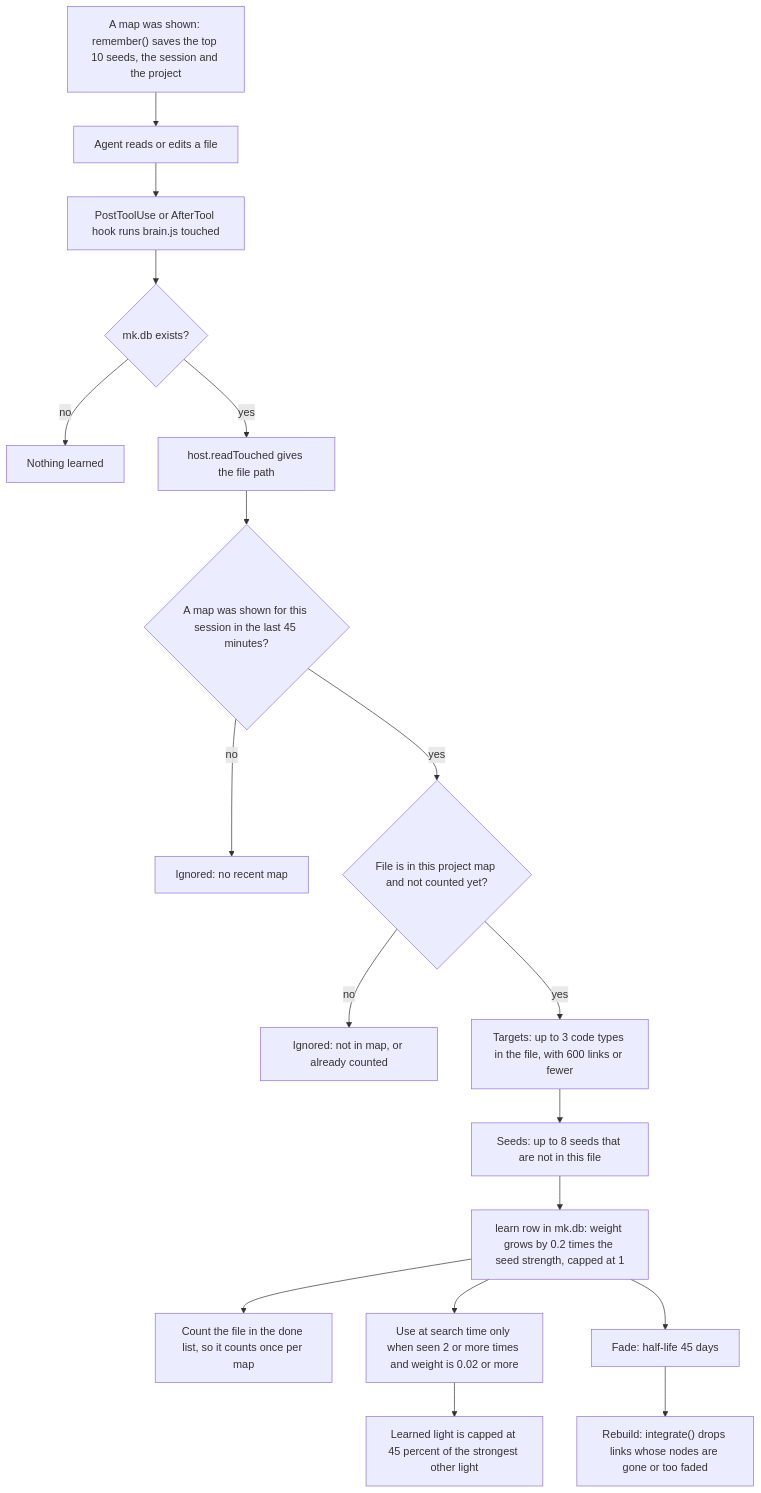
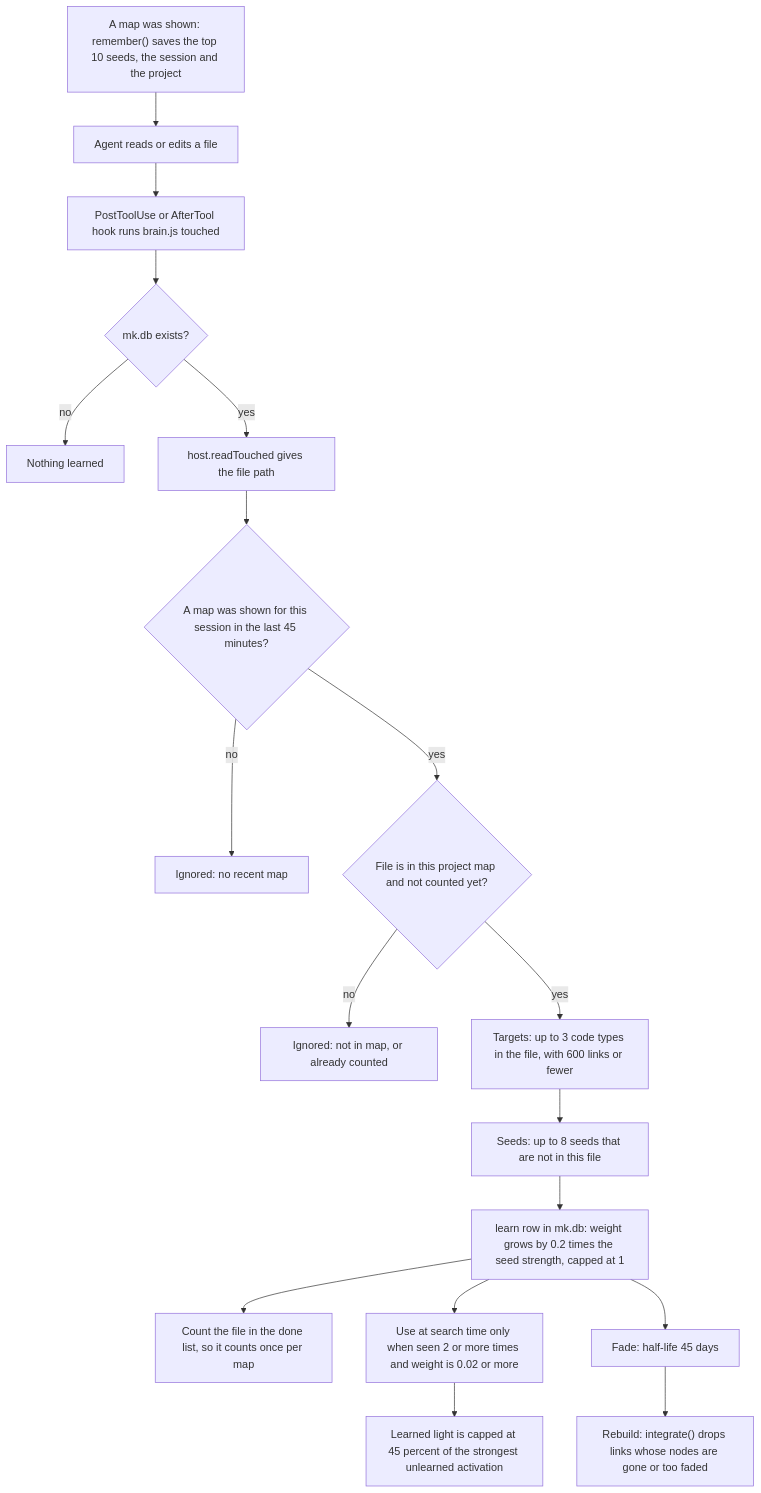
One commit to ThanhNVan/gabriel-plugin changed the third of 10 diagrams in docs/WORKFLOWS.md. Above: the diagram before and after it, drawn with Mermaid. The commit also changed other lines of this file and 32 other files, not shown here.

````diff
--- a/docs/WORKFLOWS.md
+++ b/docs/WORKFLOWS.md
@@ -101,20 +90,20 @@
 ```mermaid
 flowchart TD
   A["A map was shown: remember() saves the top 10 seeds, the session and the project"] --> B["Agent reads or edits a file"]
   B --> H["PostToolUse or AfterTool hook runs brain.js touched"]
   H --> D1{"mk.db exists?"}
   D1 -- "no" --> N1["Nothing learned"]
   D1 -- "yes" --> R["host.readTouched gives the file path"]
   R --> D2{"A map was shown for this session in the last 45 minutes?"}
   D2 -- "no" --> N2["Ignored: no recent map"]
   D2 -- "yes" --> D3{"File is in this project map and not counted yet?"}
   D3 -- "no" --> N3["Ignored: not in map, or already counted"]
   D3 -- "yes" --> T["Targets: up to 3 code types in the file, with 600 links or fewer"]
   T --> SD["Seeds: up to 8 seeds that are not in this file"]
   SD --> L["learn row in mk.db: weight grows by 0.2 times the seed strength, capped at 1"]
   L --> C["Count the file in the done list, so it counts once per map"]
   L --> U["Use at search time only when seen 2 or more times and weight is 0.02 or more"]
-  U --> CAP["Learned light is capped at 45 percent of the strongest other light"]
+  U --> CAP["Learned light is capped at 45 percent of the strongest unlearned activation"]
   L --> F["Fade: half-life 45 days"]
   F --> P["Rebuild: integrate() drops links whose nodes are gone or too faded"]
 ```
````
